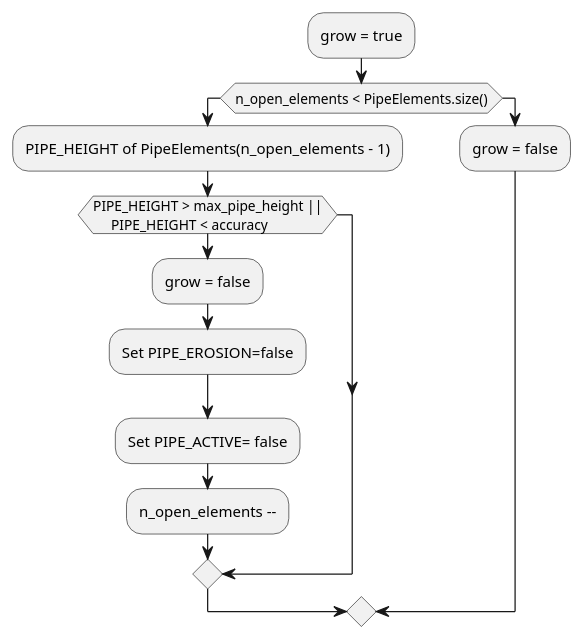
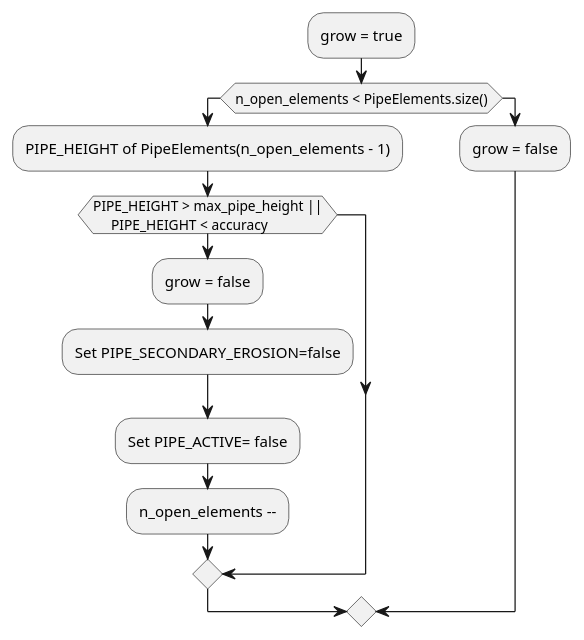
The diagram in applications/GeoMechanicsApplication/custom_strategies/strategies/check_status_tip_element.puml (KratosMultiphysics/Kratos), drawn with PlantUML before and after one commit. The commit also changed 13 other files, not shown here.

```diff
--- a/applications/GeoMechanicsApplication/custom_strategies/strategies/check_status_tip_element.puml
+++ b/applications/GeoMechanicsApplication/custom_strategies/strategies/check_status_tip_element.puml
@@ -1,16 +1,16 @@
 @startuml
  :grow = true;
  if (n_open_elements < PipeElements.size()) then
  :PIPE_HEIGHT of PipeElements(n_open_elements - 1);
  if (PIPE_HEIGHT > max_pipe_height ||
      PIPE_HEIGHT < accuracy) then
      :grow = false;
-     :Set PIPE_EROSION=false;
+     :Set PIPE_SECONDARY_EROSION=false;
      :Set PIPE_ACTIVE= false;
      :n_open_elements --;
  endif
  else
      :grow = false;
 
 endif
 @enduml
```
